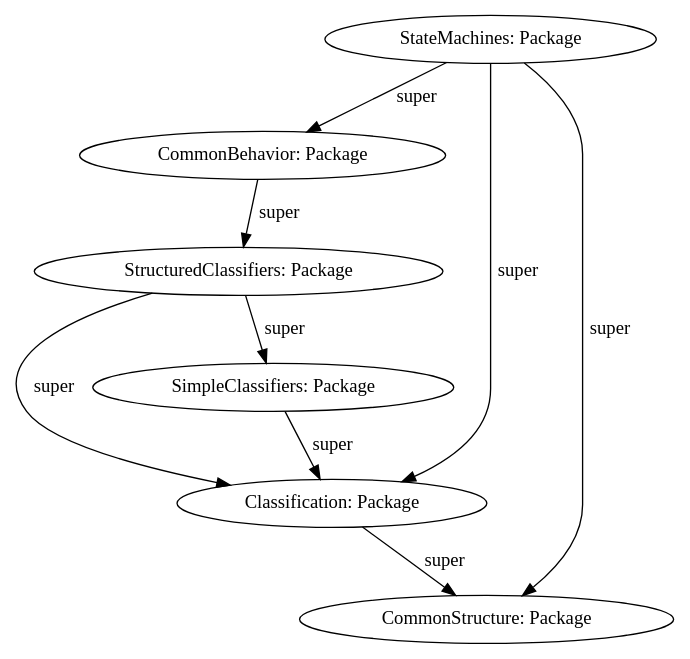
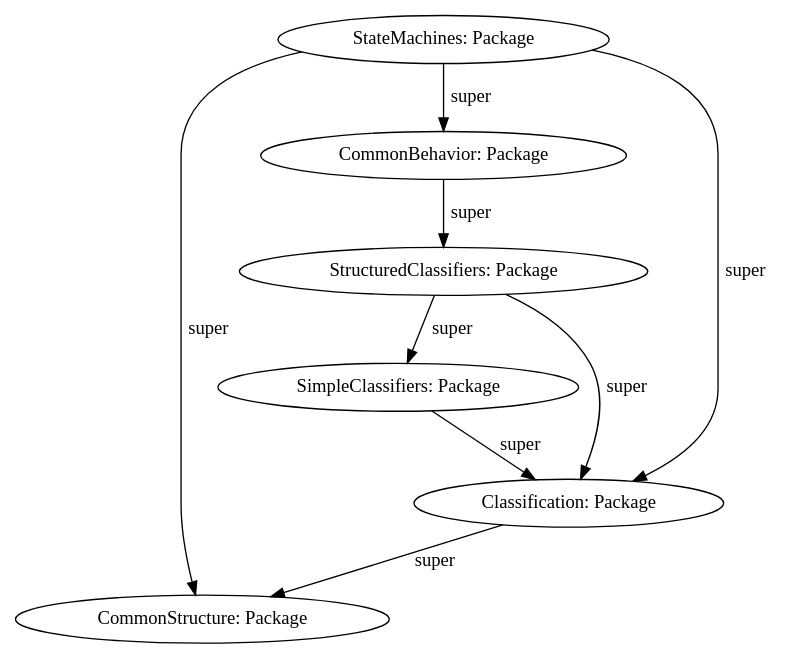
The diagram in research/org.sidiff.uml2.classification/slices/UML.StateMachines.dot (manuelohrndorf/sidiff-lifting), drawn with Graphviz before and after one commit. The commit also changed 36 other files, not shown here.

Commit message:
update uml classification to set lower bound to 0

```diff
--- a/research/org.sidiff.uml2.classification/slices/UML.StateMachines.dot
+++ b/research/org.sidiff.uml2.classification/slices/UML.StateMachines.dot
@@ -1,19 +1,19 @@
 digraph{
 {style = filled
 shape = box
 }
-"ID79aa675b" [label= "StructuredClassifiers: Package" style=solid fillcolor = white]
-"ID4708acc6" [label= "CommonBehavior: Package" style=solid fillcolor = white]
-"IDf461c9c" [label= "StateMachines: Package" style=solid fillcolor = white]
-"ID46e32574" [label= "Classification: Package" style=solid fillcolor = white]
-"ID308d8de8" [label= "SimpleClassifiers: Package" style=solid fillcolor = white]
-"ID1a345c6c" [label= "CommonStructure: Package" style=solid fillcolor = white]
-IDf461c9c -> ID46e32574 [label = "super" style = solid color = black ]
-ID79aa675b -> ID308d8de8 [label = "super" style = solid color = black ]
-IDf461c9c -> ID4708acc6 [label = "super" style = solid color = black ]
-ID308d8de8 -> ID46e32574 [label = "super" style = solid color = black ]
-IDf461c9c -> ID1a345c6c [label = "super" style = solid color = black ]
-ID79aa675b -> ID46e32574 [label = "super" style = solid color = black ]
-ID46e32574 -> ID1a345c6c [label = "super" style = solid color = black ]
-ID4708acc6 -> ID79aa675b [label = "super" style = solid color = black ]
+"ID4f5ad6b7" [label= "SimpleClassifiers: Package" style=solid fillcolor = white]
+"ID32f2de5c" [label= "StructuredClassifiers: Package" style=solid fillcolor = white]
+"ID3bb186b" [label= "Classification: Package" style=solid fillcolor = white]
+"ID4a2bc71f" [label= "CommonStructure: Package" style=solid fillcolor = white]
+"ID106387cf" [label= "StateMachines: Package" style=solid fillcolor = white]
+"ID1aaa3406" [label= "CommonBehavior: Package" style=solid fillcolor = white]
+ID106387cf -> ID3bb186b [label = "super" style = solid color = black ]
+ID3bb186b -> ID4a2bc71f [label = "super" style = solid color = black ]
+ID32f2de5c -> ID3bb186b [label = "super" style = solid color = black ]
+ID32f2de5c -> ID4f5ad6b7 [label = "super" style = solid color = black ]
+ID1aaa3406 -> ID32f2de5c [label = "super" style = solid color = black ]
+ID4f5ad6b7 -> ID3bb186b [label = "super" style = solid color = black ]
+ID106387cf -> ID1aaa3406 [label = "super" style = solid color = black ]
+ID106387cf -> ID4a2bc71f [label = "super" style = solid color = black ]
 }
```
